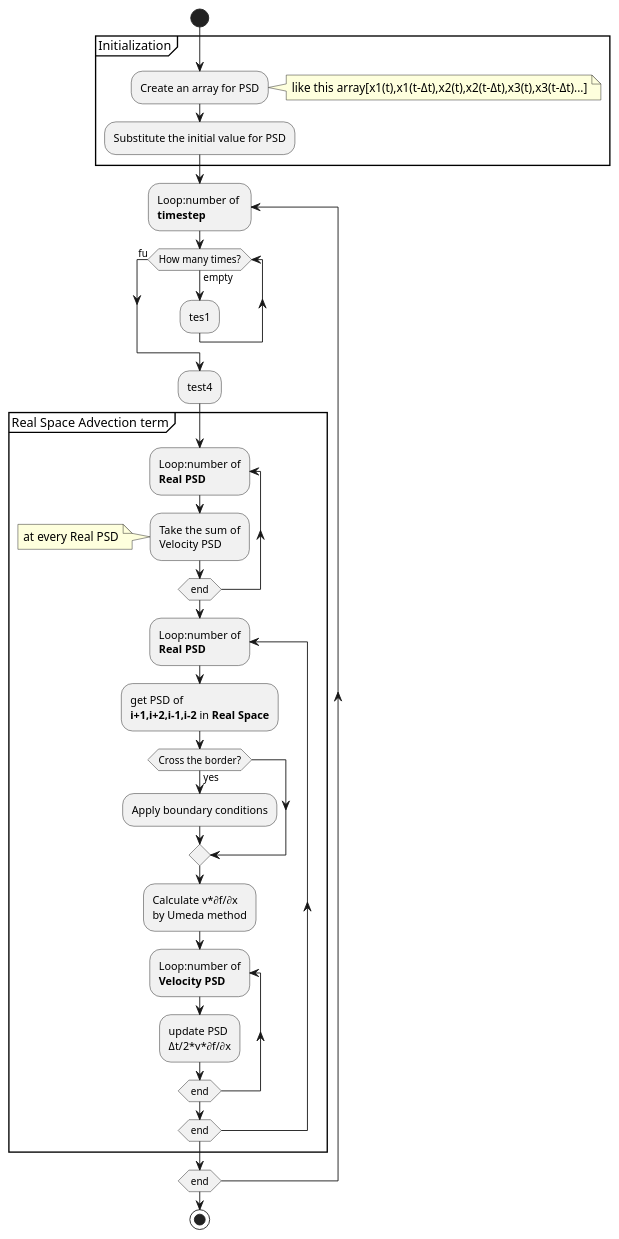
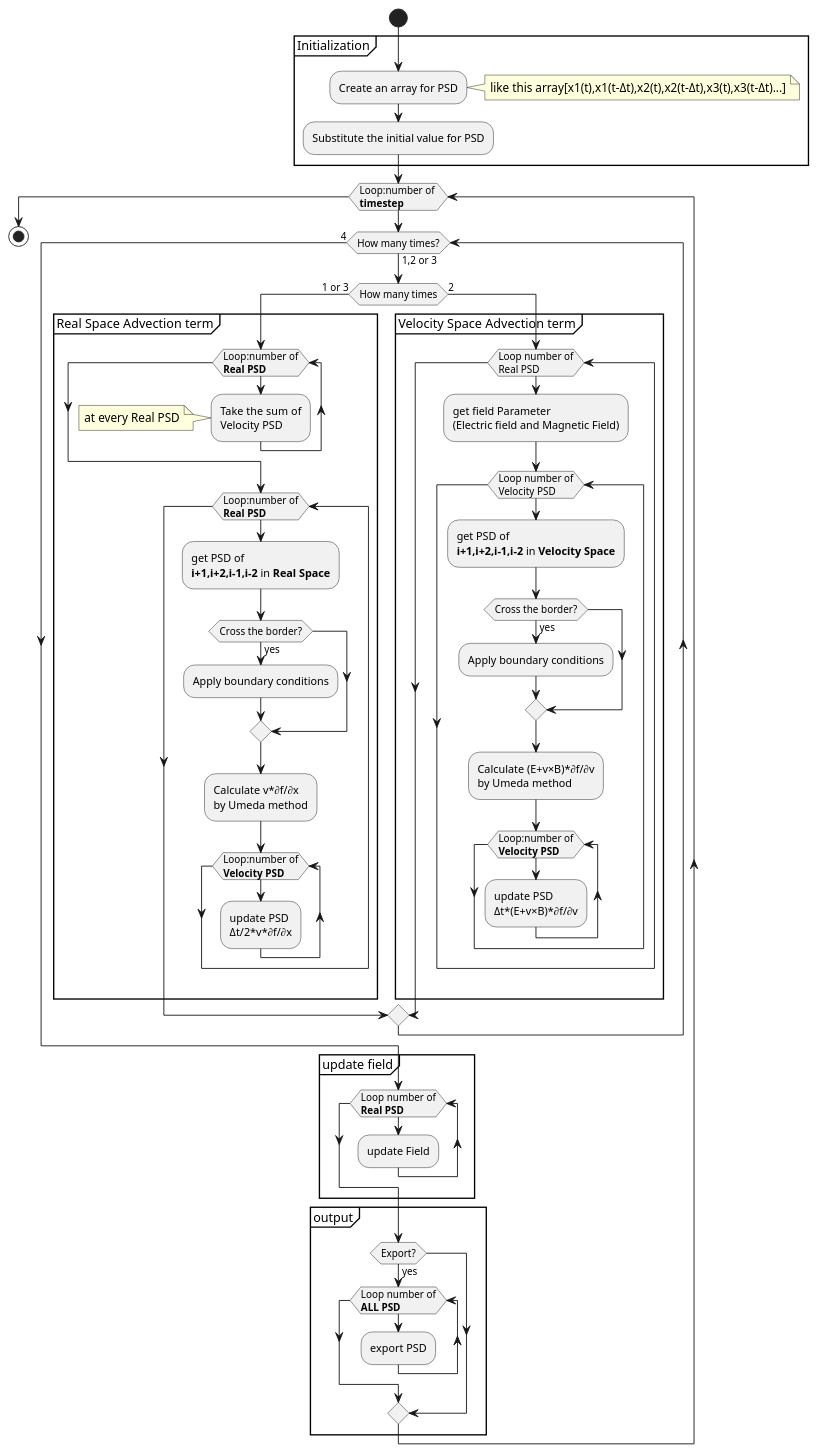
The diagram in designCode/activity_diagram_outline.wsd (Butadiene/HEEModByPuls), drawn with PlantUML before and after one commit. The commit also changed 3 other files, not shown here.

Commit message:
complete activity diagram

```diff
--- a/designCode/activity_diagram_outline.wsd
+++ b/designCode/activity_diagram_outline.wsd
@@ -1,45 +1,81 @@
-@startuml activity_diagram
+@startuml activity_diagram_outline
 start 
 partition Initialization {
     :Create an array for PSD;
     note right:like this array[x1(t),x1(t-Δt),x2(t),x2(t-Δt),x3(t),x3(t-Δt)...]
 
     :Substitute the initial value for PSD;
 }
 
-repeat:Loop:number of \n**timestep**;
-    while(How many times?) is (empty)
-        :tes1;
+while(Loop:number of \n**timestep**)
+    while(How many times?) is (1,2 or 3)
+        if(How many times) then(1 or 3)
      
-        end while(fu)
-        :test4;
-    partition "Real Space Advection term" {
-        repeat:Loop:number of\n**Real PSD**;
-            :Take the sum of
-            Velocity PSD;
-            note:at every Real PSD
-        repeat while(end)
+            partition "Real Space Advection term" {
+                while (Loop:number of\n**Real PSD**)
+                    :Take the sum of
+                    Velocity PSD;
+                    note:at every Real PSD
+                endwhile
 
-        repeat:Loop:number of\n**Real PSD**;
-            :get PSD of 
-            **i+1,i+2,i-1,i-2** in **Real Space**;
-            
-            if(Cross the border?) then(yes)
-            :Apply boundary conditions;
-            endif
+                while(Loop:number of\n**Real PSD**)
+                    :get PSD of 
+                    **i+1,i+2,i-1,i-2** in **Real Space**;
+                    
+                    if(Cross the border?) then(yes)
+                    :Apply boundary conditions;
+                    endif
 
-            :Calculate v*∂f/∂x 
-            by Umeda method;
-            repeat:Loop:number of\n**Velocity PSD**
-                :update PSD 
-                Δt/2*v*∂f/∂x;
-            repeat while(end)
+                    :Calculate v*∂f/∂x 
+                    by Umeda method;
+                    while(Loop:number of\n**Velocity PSD**)
+                        :update PSD 
+                        Δt/2*v*∂f/∂x;
+                    endwhile
 
-        repeat while(end)
+                endwhile
+            }
+        else(2)
+            partition "Velocity Space Advection term"{
+                while(Loop number of\nReal PSD)
+                    :get field Parameter
+                    (Electric field and Magnetic Field);
+                    while(Loop number of\nVelocity PSD)
+                        :get PSD of 
+                        **i+1,i+2,i-1,i-2** in **Velocity Space**;
+                        
+                        if(Cross the border?) then(yes)
+                        :Apply boundary conditions;
+                        endif
+
+                        :Calculate (E+v×B)*∂f/∂v 
+                        by Umeda method;
+                        while(Loop:number of\n**Velocity PSD**)
+                            :update PSD 
+                            Δt*(E+v×B)*∂f/∂v;
+                        endwhile
+                    endwhile
+                endwhile
+            }
+        endif
+    end while(4)
+
+    partition "update field" {
+        while(Loop number of\n**Real PSD**)
+                :update Field;
+        endwhile
     }
-repeat while (end)
+
+    partition output {
+        if(Export?) then (yes)
+            while(Loop number of\n**ALL PSD**)
+                :export PSD;
+            endwhile
+        endif
+    }
+endwhile
 
 
 stop
 
 @end uml
```
